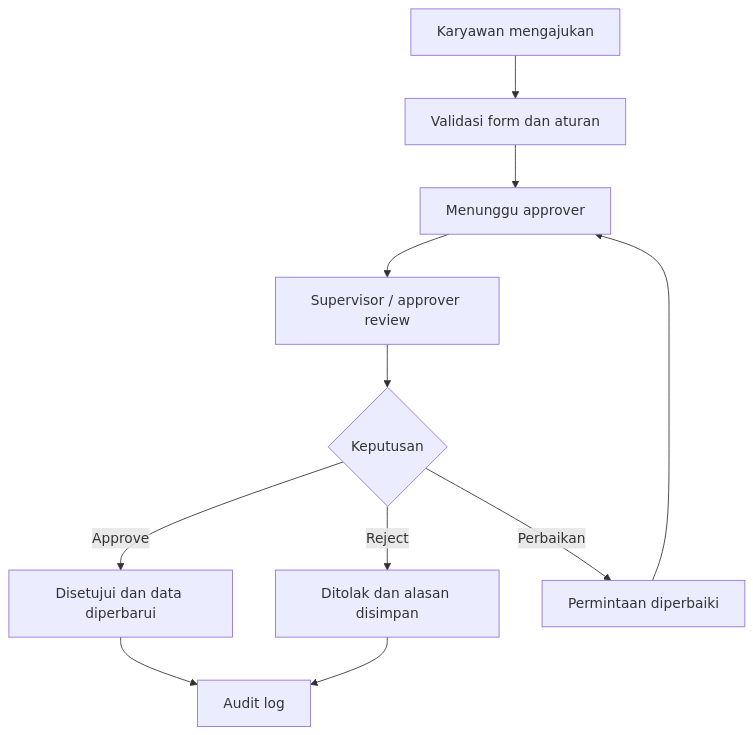
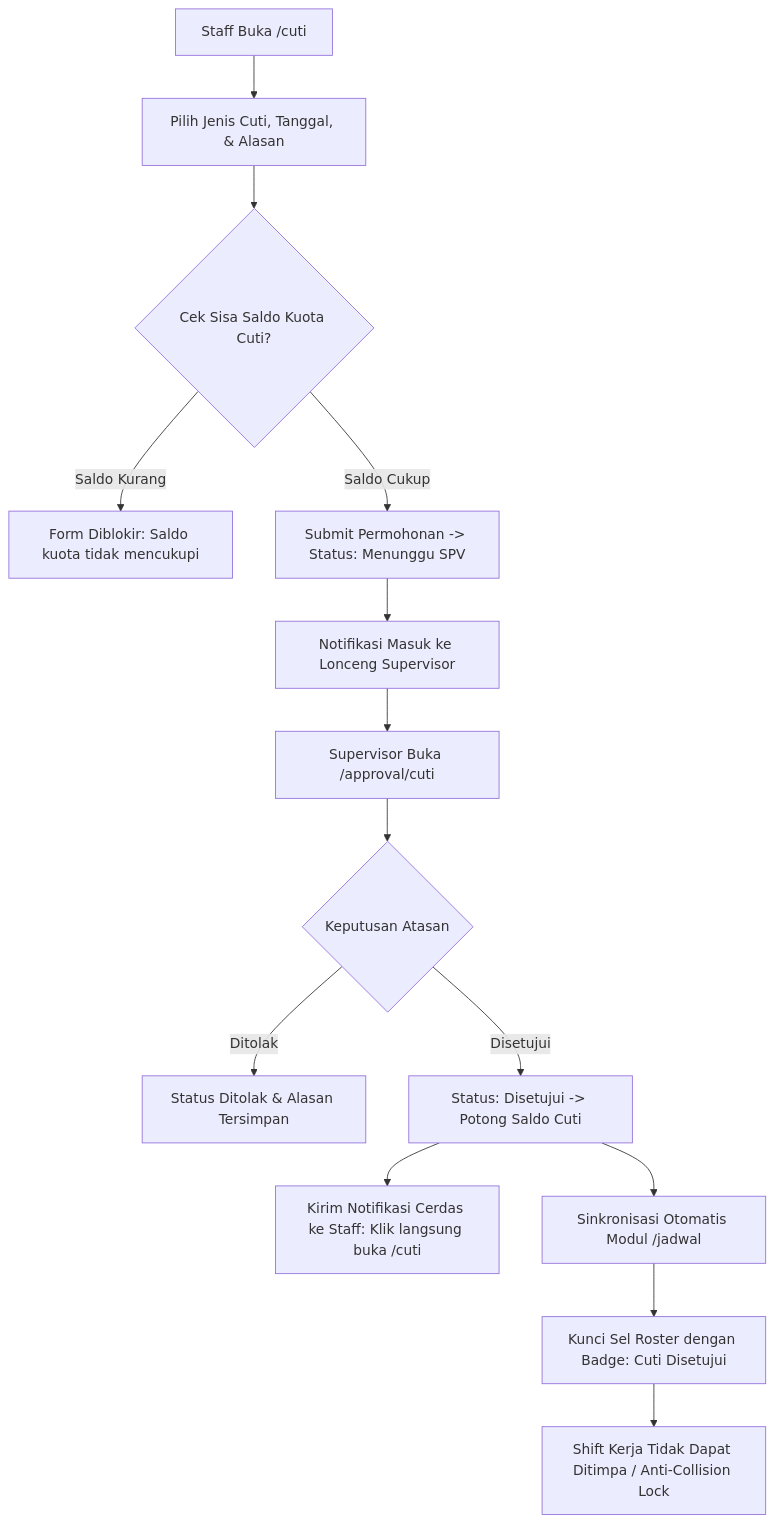
The fourth of 5 diagrams in PRD_Final_v1.0_Sistem_Absensi.md (ekajacx/jabsen), drawn with Mermaid before and after one commit. The commit also changed other lines of this file, not shown here.

````diff
--- a/PRD_Final_v1.0_Sistem_Absensi.md
+++ b/PRD_Final_v1.0_Sistem_Absensi.md
@@ -693,13 +668,16 @@
 ```mermaid
 flowchart TD
-    A[Karyawan mengajukan] --> B[Validasi form dan aturan]
-    B --> C[Menunggu approver]
-    C --> D[Supervisor / approver review]
-    D --> E{Keputusan}
-    E -- Approve --> F[Disetujui dan data diperbarui]
-    E -- Reject --> G[Ditolak dan alasan disimpan]
-    E -- Perbaikan --> H[Permintaan diperbaiki]
-    H --> C
-    F --> I[Audit log]
-    G --> I
+    A[Staff Buka /cuti] --> B[Pilih Jenis Cuti, Tanggal, & Alasan]
+    B --> C{Cek Sisa Saldo Kuota Cuti?}
+    C -- Saldo Kurang --> X[Form Diblokir: Saldo kuota tidak mencukupi]
+    C -- Saldo Cukup --> D[Submit Permohonan -> Status: Menunggu SPV]
+    D --> E[Notifikasi Masuk ke Lonceng Supervisor]
+    E --> F[Supervisor Buka /approval/cuti]
+    F --> G{Keputusan Atasan}
+    G -- Ditolak --> H[Status Ditolak & Alasan Tersimpan]
+    G -- Disetujui --> I[Status: Disetujui -> Potong Saldo Cuti]
+    I --> J[Kirim Notifikasi Cerdas ke Staff: Klik langsung buka /cuti]
+    I --> K[Sinkronisasi Otomatis Modul /jadwal]
+    K --> L[Kunci Sel Roster dengan Badge: Cuti Disetujui]
+    L --> M[Shift Kerja Tidak Dapat Ditimpa / Anti-Collision Lock]
 ```
````
